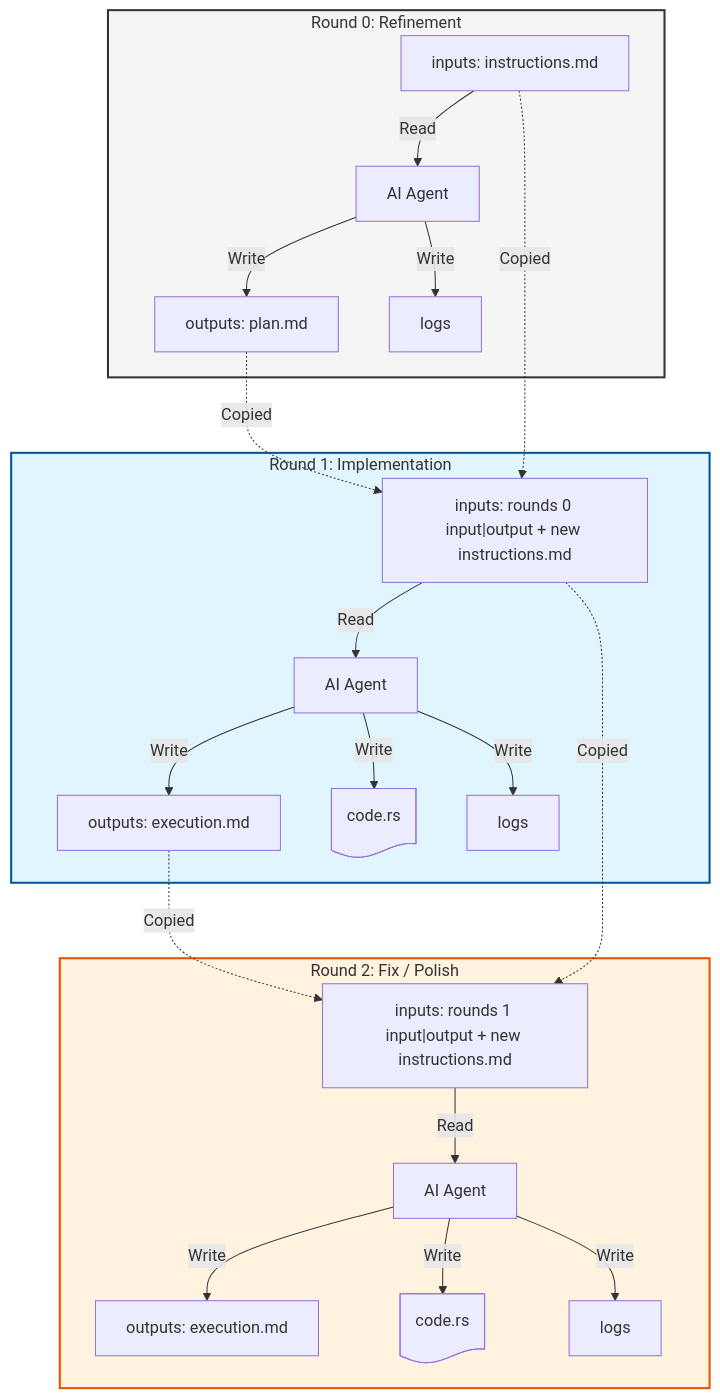
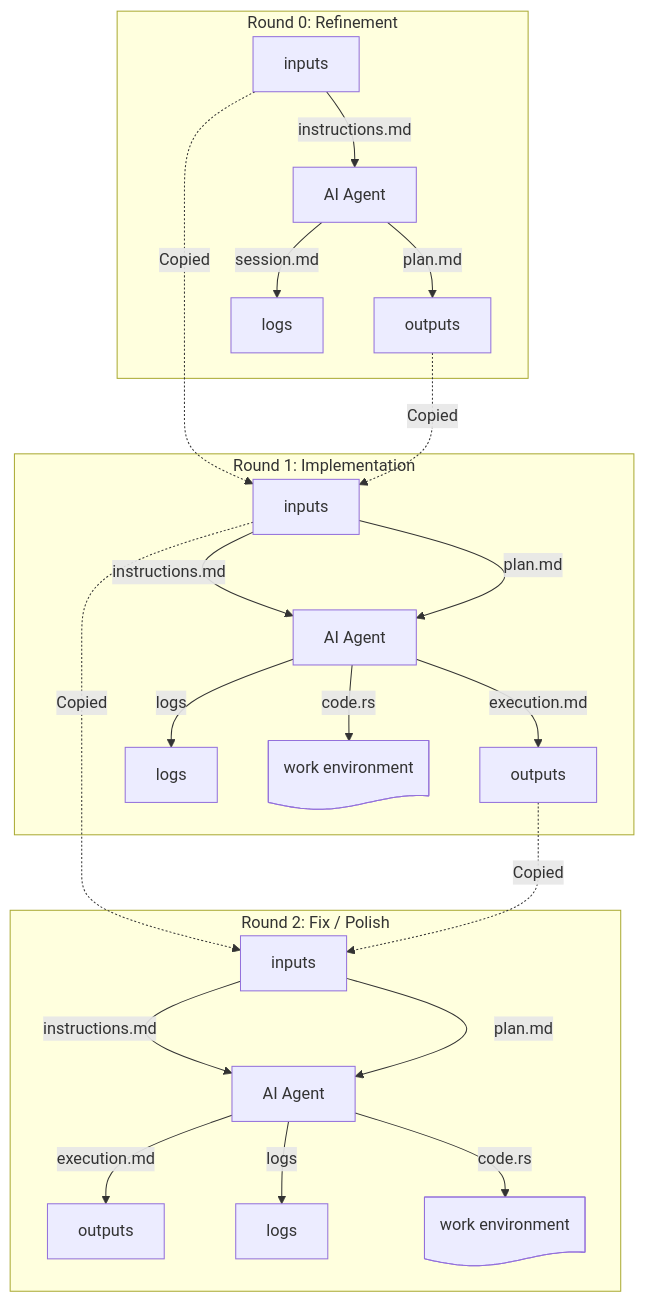
Before and after one commit to MainRo/adjent: the diagram in README.md, drawn with Mermaid.

Commit message:
readme: update diagram

````diff
--- a/README.md
+++ b/README.md
@@ -17,34 +17,41 @@
 ```mermaid
 graph TD
     subgraph R0 [Round 0: Refinement]
-        R0I[inputs: instructions.md] -->|Read| AG0[AI Agent]
-        AG0 -->|Write| R0O[outputs: plan.md]
-        AG0 -->|Write| R0L[logs]
+        inputsR0[inputs]
+        outputsR0[outputs]
+        logsR0[logs]
+        inputsR0 -->|instructions.md| AG0[AI Agent]
+        AG0 -->|plan.md| outputsR0
+        AG0 -->|session.md| logsR0
     end
 
-    R0I -.->|Copied| R1I
-    R0O -.->|Copied| R1I
+    inputsR0 -.->|Copied| inputsR1
+    outputsR0 -.->|Copied| inputsR1
 
     subgraph R1 [Round 1: Implementation]
-        File@{ shape: doc, label: "code.rs" }
-        R1I["inputs: rounds 0 input|output + new instructions.md"] -->|Read| AG1[AI Agent]
-        AG1 -->|Write| R1O[outputs: execution.md]
-        AG1 -->|Write| File
-        AG1 -->|Write| R1L[logs]
+        inputsR1[inputs]
+        outputsR1[outputs]
+        logsR1[logs]
+        File@{ shape: doc, label: "work environment"}
+        inputsR1 -->|instructions.md| AG1[AI Agent]
+        inputsR1 -->|plan.md| AG1[AI Agent]
+        AG1 -->|execution.md| outputsR1
+        AG1 -->|code.rs| File
+        AG1 -->|logs| logsR1
     end
 
-    R1I -.->|Copied| R2I
-    R1O -.->|Copied| R2I
+    inputsR1 -.->|Copied| inputsR2
+    outputsR1 -.->|Copied| inputsR2
 
     subgraph R2 [Round 2: Fix / Polish]
-        FileR2@{ shape: doc, label: "code.rs" }
-        R2I["inputs: rounds 1 input|output + new instructions.md"] -->|Read| AG2[AI Agent]
-        AG2 -->|Write| R2O[outputs: execution.md]
-        AG2 -->|Write| FileR2
-        AG2 -->|Write| R2L[logs]
+        inputsR2[inputs]
+        outputsR2[outputs]
+        logsR2[logs]
+        FileR2@{ shape: doc, label: "work environment" }
+        inputsR2 -->|instructions.md| AG2[AI Agent]
+        inputsR2 -->|plan.md| AG2[AI Agent]
+        AG2 -->|execution.md| outputsR2
+        AG2 -->|code.rs| FileR2
+        AG2 -->|logs| logsR2
     end
-
-    style R0 fill:#f5f5f5,stroke:#333,stroke-width:2px
-    style R1 fill:#e1f5fe,stroke:#01579b,stroke-width:2px
-    style R2 fill:#fff3e0,stroke:#e65100,stroke-width:2px
 ```
````
